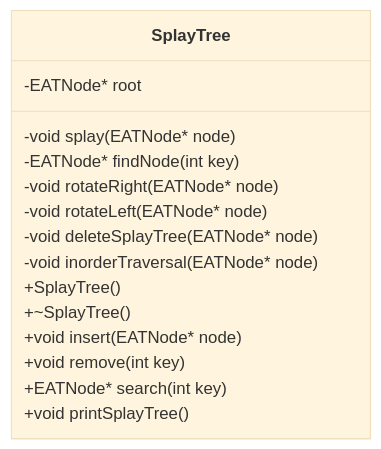
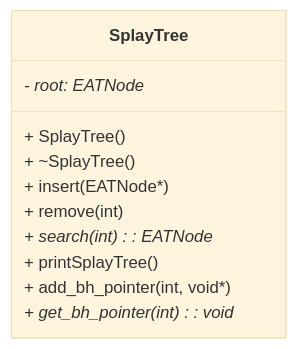
Before and after one commit to SP24-212/Edstem-Tracker: the third of 4 diagrams in docs/dsa.md, drawn with Mermaid (base theme). The commit also changed other lines of this file and 1 other file, not shown here.

````diff
--- a/docs/dsa.md
+++ b/docs/dsa.md
@@ -44,18 +46,14 @@
 ```mermaid
 classDiagram
 class SplayTree {
-  -EATNode* root
-  -void splay(EATNode* node)
-  -EATNode* findNode(int key)
-  -void rotateRight(EATNode* node)
-  -void rotateLeft(EATNode* node)
-  -void deleteSplayTree(EATNode* node)
-  -void inorderTraversal(EATNode* node)
-  +SplayTree()
-  +~SplayTree()
-  +void insert(EATNode* node)
-  +void remove(int key)
-  +EATNode* search(int key)
-  +void printSplayTree()
+  - root: EATNode*
+  + SplayTree()
+  + ~SplayTree()
+  + insert(EATNode*)
+  + remove(int)
+  + search(int): EATNode*
+  + printSplayTree()
+  + add_bh_pointer(int, void*)
+  + get_bh_pointer(int): void*
 }
 ```
````
